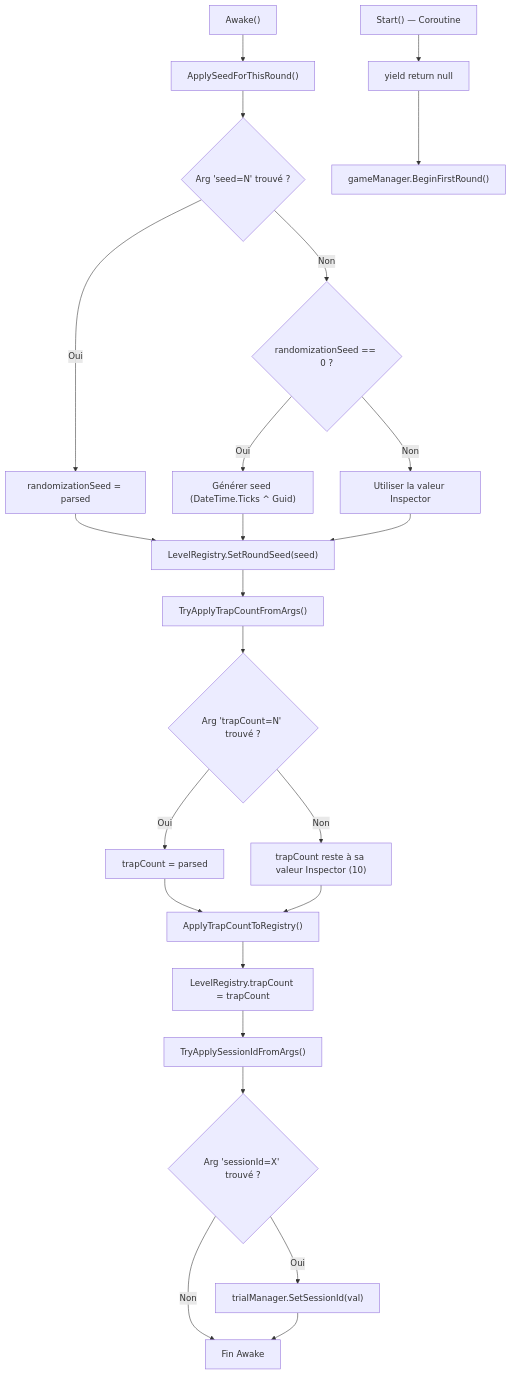
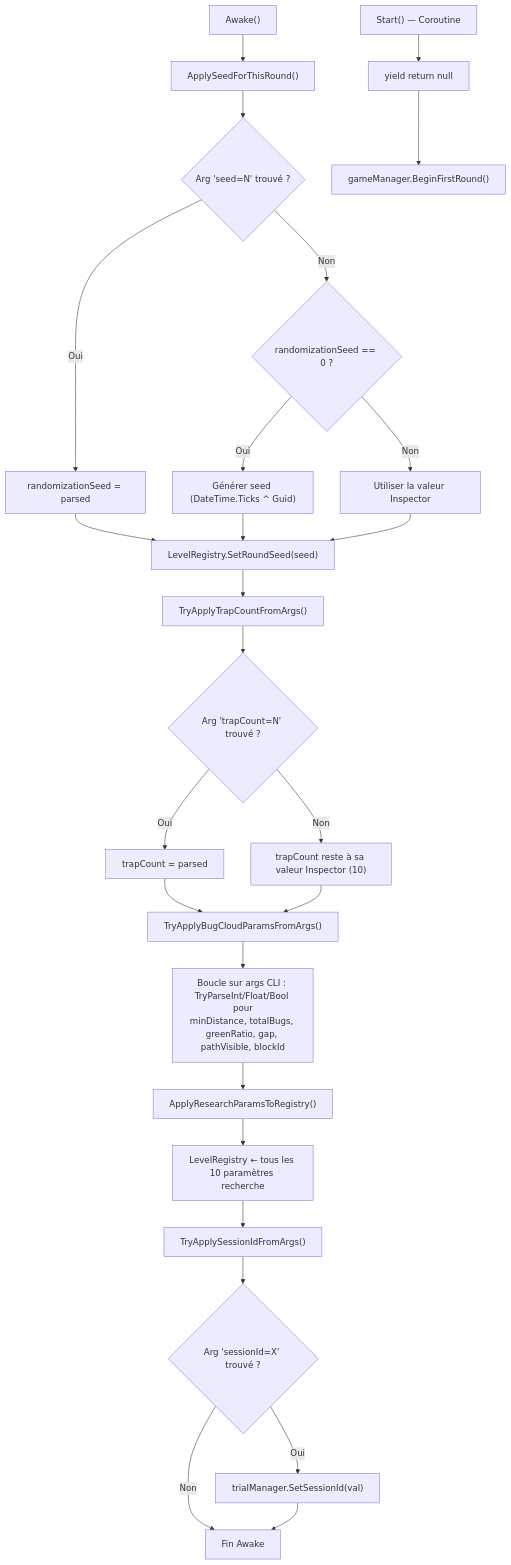
The eighth of 13 diagrams in Docs/TDD.md (PierreChagnon/BUGS), drawn with Mermaid before and after one commit. The commit also changed other lines of this file and 6 other files, not shown here.

````diff
--- a/Docs/TDD.md
+++ b/Docs/TDD.md
@@ -987,29 +1039,33 @@
 ```mermaid
 graph TD
     A["Awake()"] --> B["ApplySeedForThisRound()"]
     B --> B1{Arg 'seed=N' trouvé ?}
     B1 -->|Oui| B2["randomizationSeed = parsed"]
     B1 -->|Non| B3{randomizationSeed == 0 ?}
     B3 -->|Oui| B4["Générer seed (DateTime.Ticks ^ Guid)"]
     B3 -->|Non| B5["Utiliser la valeur Inspector"]
     B2 --> B6["LevelRegistry.SetRoundSeed(seed)"]
     B4 --> B6
     B5 --> B6
 
     B6 --> C["TryApplyTrapCountFromArgs()"]
     C --> C1{Arg 'trapCount=N' trouvé ?}
     C1 -->|Oui| C2["trapCount = parsed"]
     C1 -->|Non| C3["trapCount reste à sa valeur Inspector (10)"]
-    C2 --> D["ApplyTrapCountToRegistry()"]
-    C3 --> D
-    D --> D1["LevelRegistry.trapCount = trapCount"]
 
-    D1 --> E["TryApplySessionIdFromArgs()"]
+    C2 --> D0["TryApplyBugCloudParamsFromArgs()"]
+    C3 --> D0
+    D0 --> D1["Boucle sur args CLI : TryParseInt/Float/Bool pour<br/>minDistance, totalBugs, greenRatio, gap, pathVisible, blockId"]
+
+    D1 --> D["ApplyResearchParamsToRegistry()"]
+    D --> D2["LevelRegistry ← tous les 10 paramètres recherche"]
+
+    D2 --> E["TryApplySessionIdFromArgs()"]
     E --> E1{Arg 'sessionId=X' trouvé ?}
     E1 -->|Oui| E2["trialManager.SetSessionId(val)"]
     E1 -->|Non| F["Fin Awake"]
     E2 --> F
 
     G["Start() — Coroutine"] --> H["yield return null"]
     H --> I["gameManager.BeginFirstRound()"]
 ```
````
